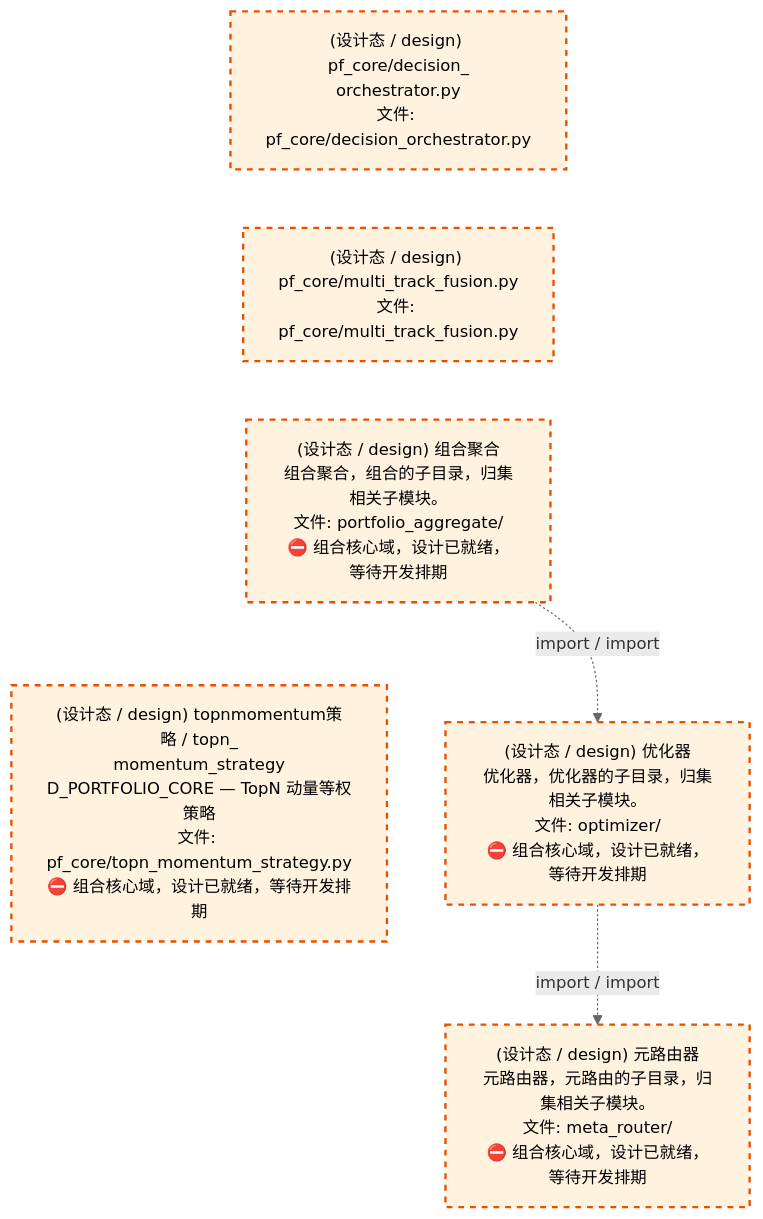
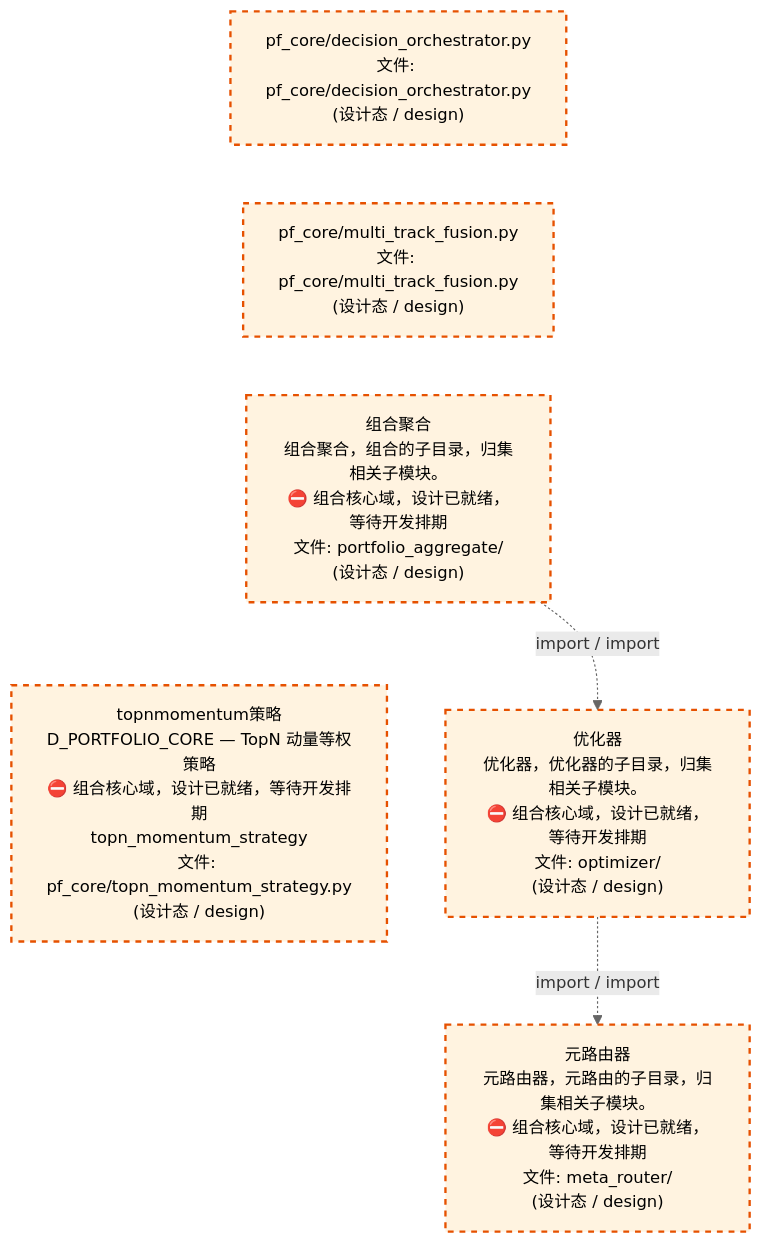
Before and after one commit to xuanFelixVan/ZephyrAlpha: the third of 4 diagrams in docs/02_enterprise_architecture/02_domain_architecture_docs/63_d_pf_core.md, drawn with Mermaid. The commit also changed other lines of this file and 62 other files, not shown here.

````diff
--- a/docs/02_enterprise_architecture/02_domain_architecture_docs/63_d_pf_core.md
+++ b/docs/02_enterprise_architecture/02_domain_architecture_docs/63_d_pf_core.md
@@ -180,20 +180,20 @@
 ```mermaid
 %%{init: {'theme': 'base', 'themeVariables': {'primaryColor': '#eaeaea', 'primaryTextColor': '#333333', 'primaryBorderColor': '#666666', 'lineColor': '#666666', 'secondaryColor': '#eaeaea', 'tertiaryColor': '#eaeaea', 'fontSize': '14px'}}}%%
 flowchart TD
-    src_zephyr_pf_core_decision_orchestrator_py["(设计态 / design) pf_core/decision_<br/>orchestrator.py<br/>文件: pf_core/decision_orchestrator.py"]
-    src_zephyr_pf_core_multi_track_fusion_py["(设计态 / design) pf_core/multi_track_fusion.py<br/>文件: pf_core/multi_track_fusion.py"]
-    src_zephyr_pf_core_portfolio_aggregate["(设计态 / design) 组合聚合<br/>组合聚合，组合的子目录，归集相关子模块。<br/>文件: portfolio_aggregate/<br/>⛔ 组合核心域，设计已就绪，等待开发排期"]
-    src_zephyr_pf_core_topn_momentum_strategy_py["(设计态 / design) topnmomentum策略 / topn_<br/>momentum_strategy<br/>D_PORTFOLIO_CORE — TopN 动量等权策略<br/>文件: pf_core/topn_momentum_strategy.py<br/>⛔ 组合核心域，设计已就绪，等待开发排期"]
+    src_zephyr_pf_core_decision_orchestrator_py["pf_core/decision_orchestrator.py<br/>文件: pf_core/decision_orchestrator.py<br/>(设计态 / design)"]
+    src_zephyr_pf_core_multi_track_fusion_py["pf_core/multi_track_fusion.py<br/>文件: pf_core/multi_track_fusion.py<br/>(设计态 / design)"]
+    src_zephyr_pf_core_portfolio_aggregate["组合聚合<br/>组合聚合，组合的子目录，归集相关子模块。<br/>⛔ 组合核心域，设计已就绪，等待开发排期<br/>文件: portfolio_aggregate/<br/>(设计态 / design)"]
+    src_zephyr_pf_core_topn_momentum_strategy_py["topnmomentum策略<br/>D_PORTFOLIO_CORE — TopN 动量等权策略<br/>⛔ 组合核心域，设计已就绪，等待开发排期<br/>topn_momentum_strategy<br/>文件: pf_core/topn_momentum_strategy.py<br/>(设计态 / design)"]
     src_zephyr_pf_core_decision_orchestrator_py ~~~ src_zephyr_pf_core_multi_track_fusion_py
     src_zephyr_pf_core_multi_track_fusion_py ~~~ src_zephyr_pf_core_portfolio_aggregate
     src_zephyr_pf_core_portfolio_aggregate ~~~ src_zephyr_pf_core_topn_momentum_strategy_py
-    src_zephyr_pf_core_optimizer["(设计态 / design) 优化器<br/>优化器，优化器的子目录，归集相关子模块。<br/>文件: optimizer/<br/>⛔ 组合核心域，设计已就绪，等待开发排期"]
-    src_zephyr_pf_core_meta_router["(设计态 / design) 元路由器<br/>元路由器，元路由的子目录，归集相关子模块。<br/>文件: meta_router/<br/>⛔ 组合核心域，设计已就绪，等待开发排期"]
+    src_zephyr_pf_core_optimizer["优化器<br/>优化器，优化器的子目录，归集相关子模块。<br/>⛔ 组合核心域，设计已就绪，等待开发排期<br/>文件: optimizer/<br/>(设计态 / design)"]
+    src_zephyr_pf_core_meta_router["元路由器<br/>元路由器，元路由的子目录，归集相关子模块。<br/>⛔ 组合核心域，设计已就绪，等待开发排期<br/>文件: meta_router/<br/>(设计态 / design)"]
     src_zephyr_pf_core_optimizer -.->|import / import| src_zephyr_pf_core_meta_router
     src_zephyr_pf_core_portfolio_aggregate -.->|import / import| src_zephyr_pf_core_optimizer
     classDef production fill:#e1f5fe,stroke:#01579b,stroke-width:2px,color:#000
     classDef design fill:#fff3e0,stroke:#e65100,stroke-width:2px,color:#000,stroke-dasharray: 5 5
     classDef external_prod fill:#e8f4fd,stroke:#0277bd,stroke-width:1px,color:#000
     classDef external_design fill:#fff8e7,stroke:#ef6c00,stroke-width:1px,color:#000,stroke-dasharray: 5 5
     class src_zephyr_pf_core_decision_orchestrator_py,src_zephyr_pf_core_meta_router,src_zephyr_pf_core_multi_track_fusion_py,src_zephyr_pf_core_optimizer,src_zephyr_pf_core_portfolio_aggregate,src_zephyr_pf_core_topn_momentum_strategy_py design
 ```
````
